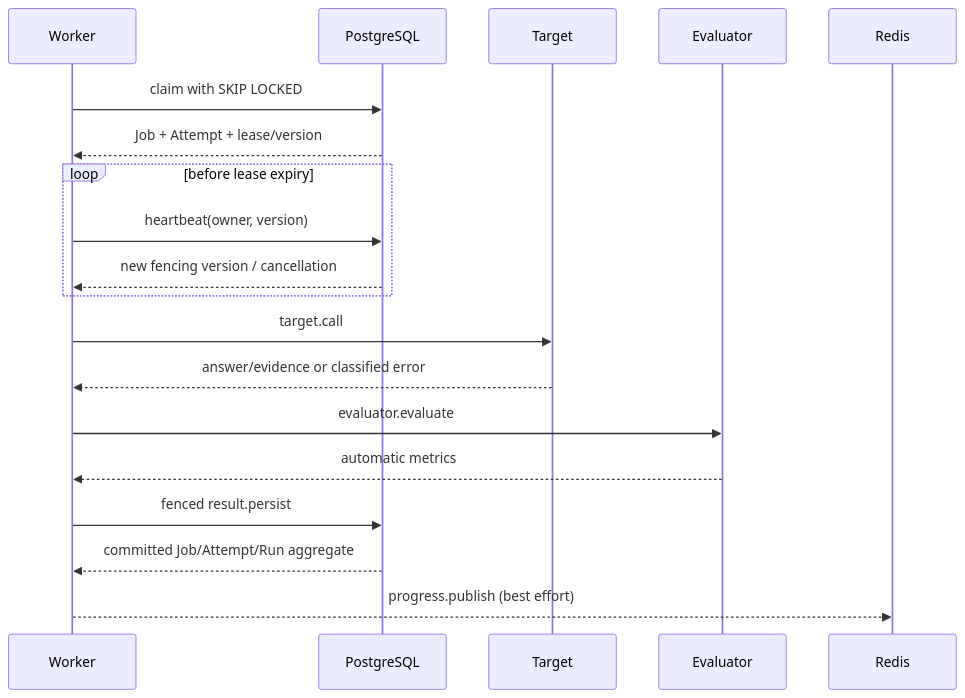
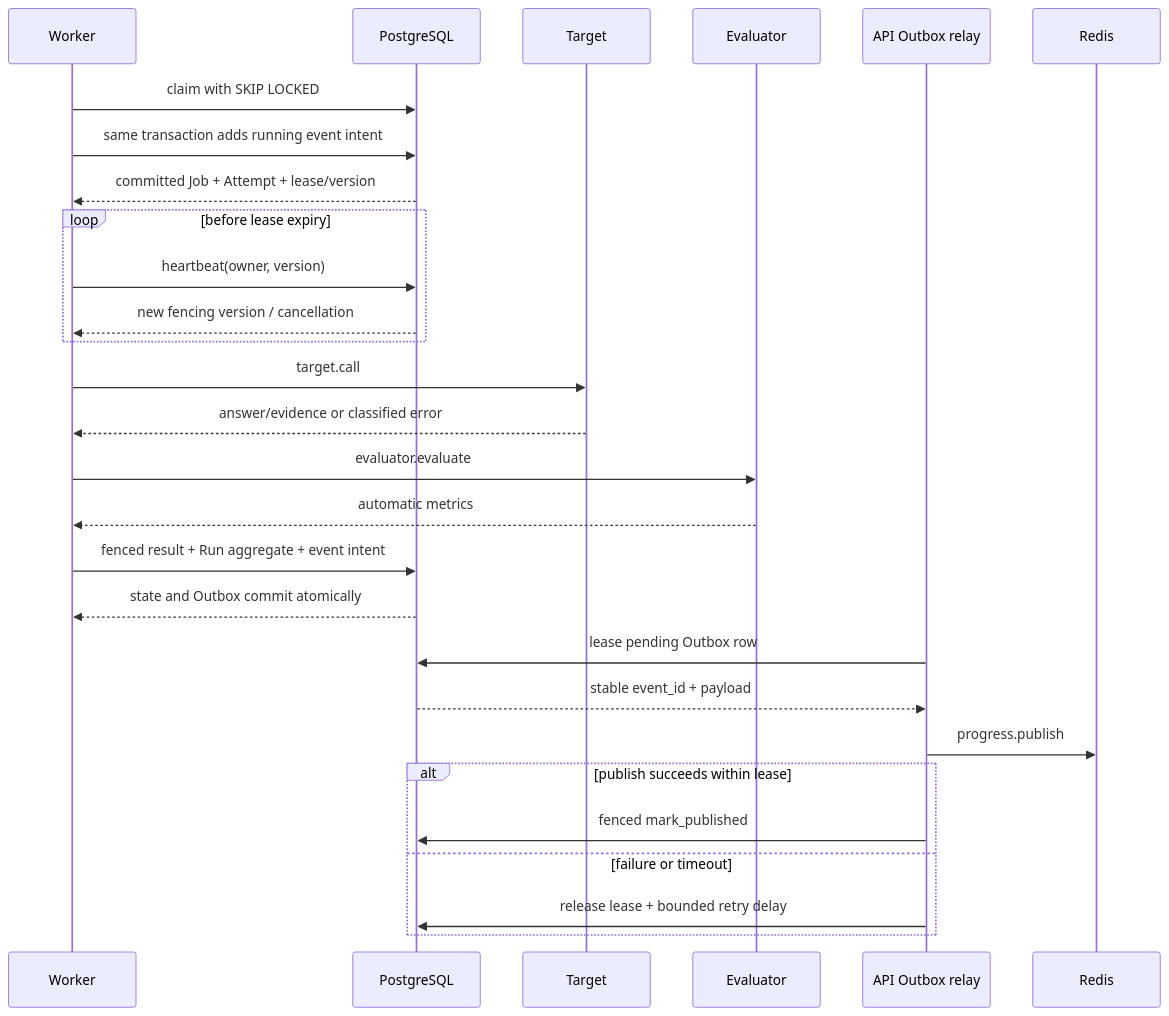
Before and after one commit to godofxuan/ai-evalops-platform: the second of 3 diagrams in docs/architecture_diagram.md, drawn with Mermaid. The commit also changed other lines of this file and 10 other files, not shown here.

````diff
--- a/docs/architecture_diagram.md
+++ b/docs/architecture_diagram.md
@@ -42,22 +44,31 @@
 ```mermaid
 sequenceDiagram
     participant W as Worker
     participant DB as PostgreSQL
     participant T as Target
     participant E as Evaluator
+    participant O as API Outbox relay
     participant R as Redis
 
     W->>DB: claim with SKIP LOCKED
-    DB-->>W: Job + Attempt + lease/version
+    W->>DB: same transaction adds running event intent
+    DB-->>W: committed Job + Attempt + lease/version
     loop before lease expiry
         W->>DB: heartbeat(owner, version)
         DB-->>W: new fencing version / cancellation
     end
     W->>T: target.call
     T-->>W: answer/evidence or classified error
     W->>E: evaluator.evaluate
     E-->>W: automatic metrics
-    W->>DB: fenced result.persist
-    DB-->>W: committed Job/Attempt/Run aggregate
-    W-->>R: progress.publish (best effort)
+    W->>DB: fenced result + Run aggregate + event intent
+    DB-->>W: state and Outbox commit atomically
+    O->>DB: lease pending Outbox row
+    DB-->>O: stable event_id + payload
+    O->>R: progress.publish
+    alt publish succeeds within lease
+        O->>DB: fenced mark_published
+    else failure or timeout
+        O->>DB: release lease + bounded retry delay
+    end
 ```
````
